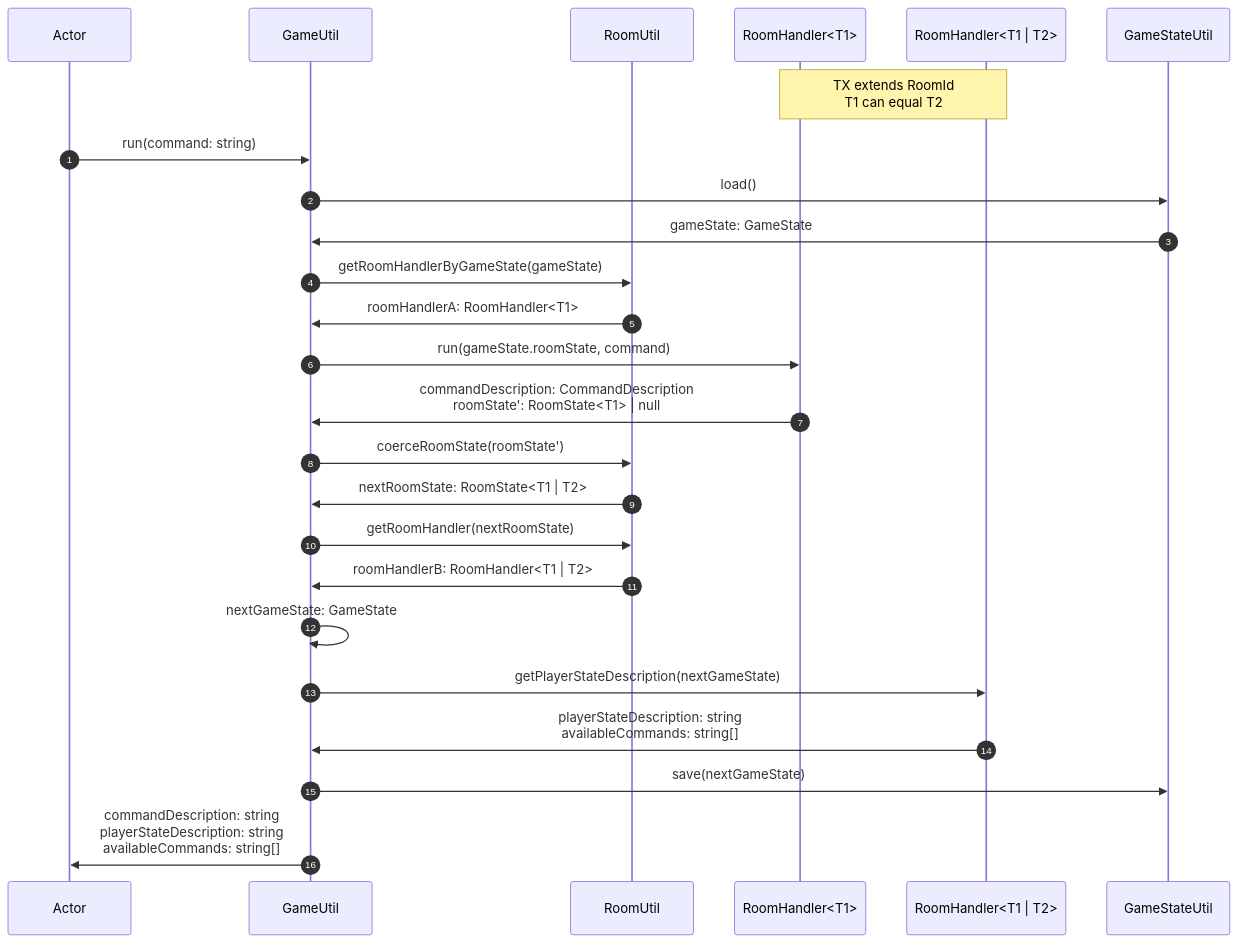
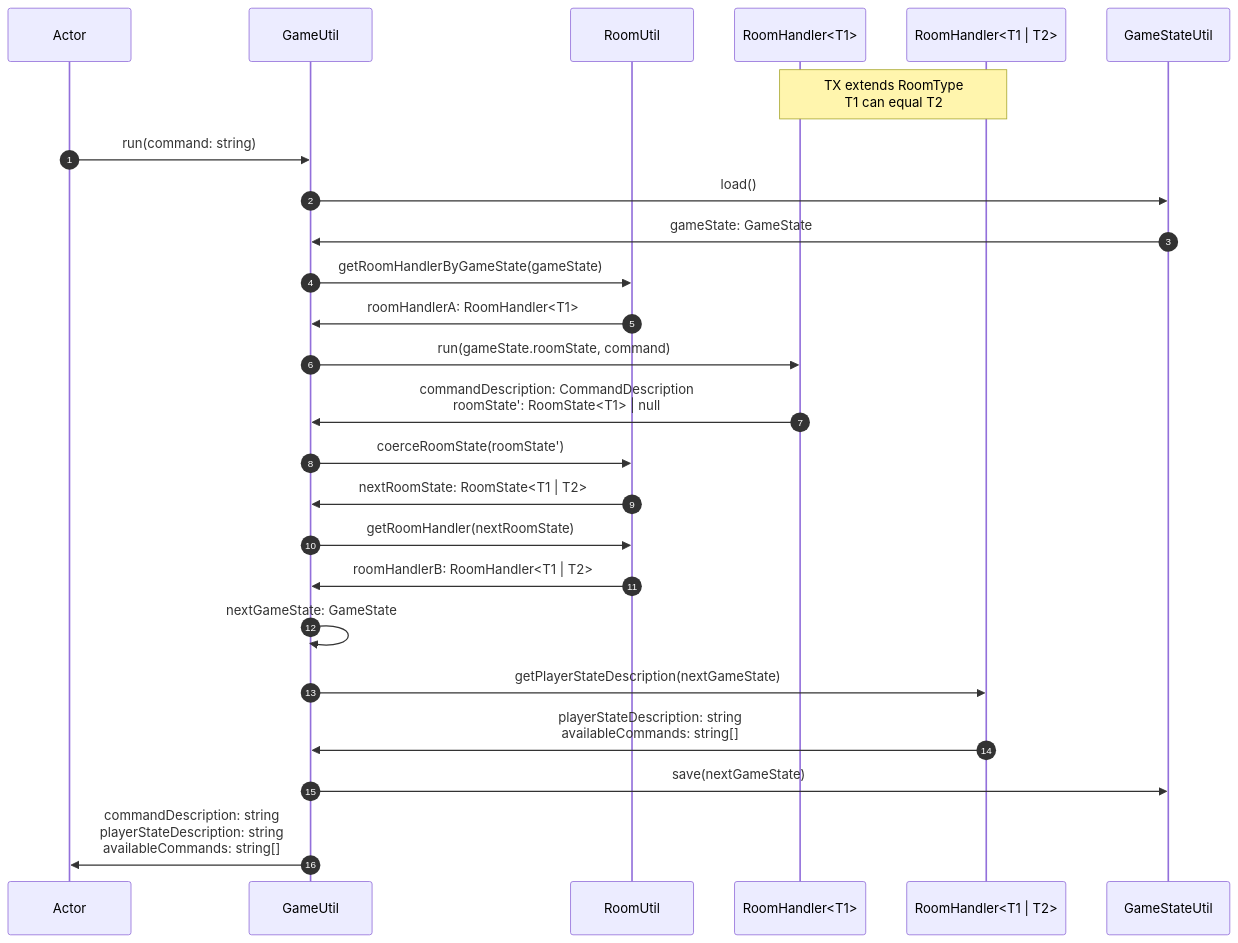
The diagram in docs/architecture/gameUtil.md (normal-devs/klicker-knight), drawn with Mermaid before and after one commit. The commit also changed 8 other files, not shown here.

First line of the commit message:
Replace roomId with roomType

````diff
--- a/docs/architecture/gameUtil.md
+++ b/docs/architecture/gameUtil.md
@@ -16,37 +16,37 @@
 ```mermaid
 sequenceDiagram
   autonumber
   participant A as Actor
   participant GU as GameUtil
   participant RU as RoomUtil
   participant RH1 as RoomHandler<T1>
   participant RH2 as RoomHandler<T1 | T2>
   participant GS as GameStateUtil
 
-  note over RH1, RH2: TX extends RoomId <br> T1 can equal T2
+  note over RH1, RH2: TX extends RoomType <br> T1 can equal T2
 
   A ->> GU: run(command: string)
 
   GU ->> GS: load()
   GS ->> GU: gameState: GameState
 
   GU ->> RU: getRoomHandlerByGameState(gameState)
   RU ->> GU: roomHandlerA: RoomHandler<T1>
 
   GU ->> RH1: run(gameState.roomState, command)
   RH1 ->> GU: commandDescription: CommandDescription <br> roomState': RoomState<T1> | null
 
   GU ->> RU: coerceRoomState(roomState')
   RU ->> GU: nextRoomState: RoomState<T1 | T2>
 
   GU ->> RU: getRoomHandler(nextRoomState)
   RU ->> GU: roomHandlerB: RoomHandler<T1 | T2>
   GU ->> GU: nextGameState: GameState
 
   GU ->> RH2: getPlayerStateDescription(nextGameState)
   RH2 ->> GU: playerStateDescription: string <br> availableCommands: string[]
 
   GU ->> GS: save(nextGameState)
 
   GU ->> A: commandDescription: string <br> playerStateDescription: string <br> availableCommands: string[]
 ```
````
